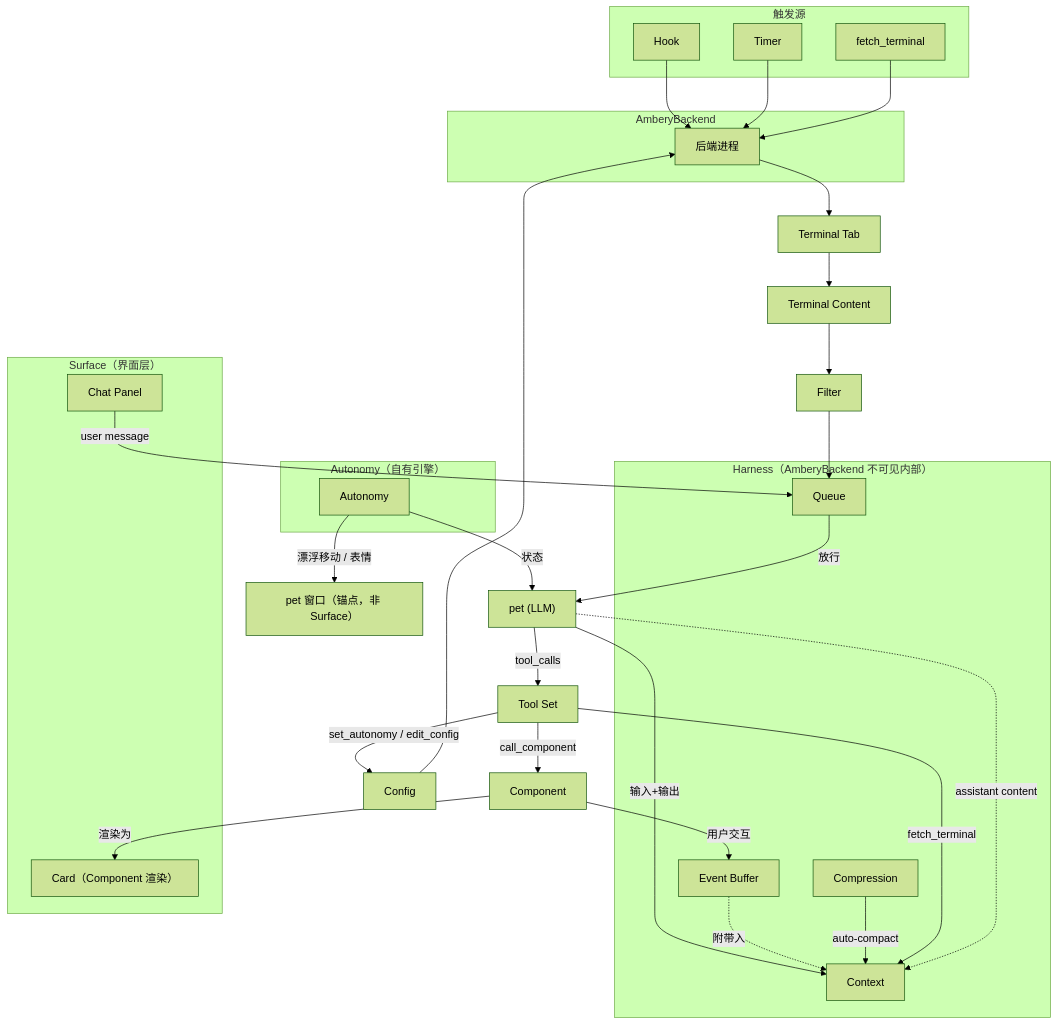
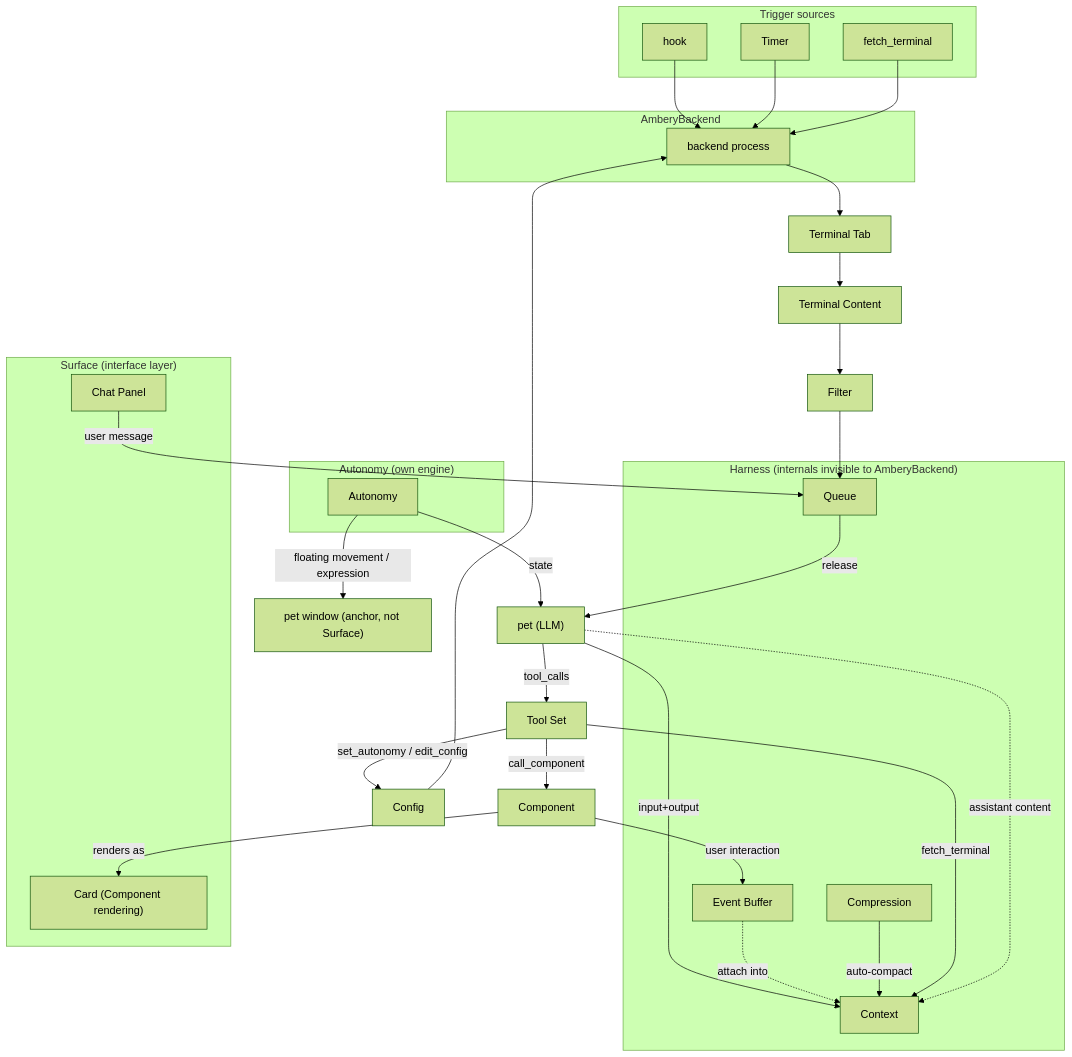
The diagram in concepts.md (ambery-ai/ambery), drawn with Mermaid (forest theme) before and after one commit. The commit also changed other lines of this file and 92 other files, not shown here.

````diff
--- a/concepts.md
+++ b/concepts.md
@@ -293,60 +293,60 @@
 ```mermaid
 flowchart TD
-    subgraph Trigger["触发源"]
-        Hook["Hook"]
+    subgraph Trigger["Trigger sources"]
+        hook["hook"]
         Timer["Timer"]
         FetchTerminal["fetch_terminal"]
     end
 
     subgraph Backend["AmberyBackend"]
-        OV["后端进程"]
+        OV["backend process"]
     end
 
     Config["Config"] --> OV
-    Hook --> OV
+    hook --> OV
     Timer --> OV
     FetchTerminal --> OV
 
     OV --> Tab["Terminal Tab"]
     Tab --> Content["Terminal Content"]
     Content --> Filter["Filter"]
     Filter --> Queue["Queue"]
 
-    subgraph Harness["Harness（AmberyBackend 不可见内部）"]
+    subgraph Harness["Harness (internals invisible to AmberyBackend)"]
         Queue
         EventBuffer["Event Buffer"]
         Compression["Compression"]
         Context
     end
 
-    subgraph Surface["Surface（界面层）"]
+    subgraph Surface["Surface (interface layer)"]
         ChatPanel["Chat Panel"]
-        Card["Card（Component 渲染）"]
+        Card["Card (Component rendering)"]
     end
 
-    PetWin["pet 窗口（锚点，非 Surface）"]
+    PetWin["pet window (anchor, not Surface)"]
 
     ChatPanel -->|"user message"| Queue
-    Queue -->|"放行"| Pet["pet (LLM)"]
-    Pet -->|"输入+输出"| Context
+    Queue -->|"release"| Pet["pet (LLM)"]
+    Pet -->|"input+output"| Context
 
-    EventBuffer -.->|"附带入"| Context
+    EventBuffer -.->|"attach into"| Context
     Compression -->|"auto-compact"| Context
 
     Pet -->|"tool_calls"| ToolSet["Tool Set"]
     ToolSet -->|"call_component"| Component["Component"]
-    Component -->|"渲染为"| Card
+    Component -->|"renders as"| Card
     ToolSet -->|"fetch_terminal"| Context
     ToolSet -->|"set_autonomy / edit_config"| Config
 
-    Component -->|"用户交互"| EventBuffer
+    Component -->|"user interaction"| EventBuffer
 
-    subgraph AutonomyEngine["Autonomy（自有引擎）"]
+    subgraph AutonomyEngine["Autonomy (own engine)"]
         Autonomy["Autonomy"]
     end
 
-    Autonomy -->|"状态"| Pet
-    Autonomy -->|"漂浮移动 / 表情"| PetWin
+    Autonomy -->|"state"| Pet
+    Autonomy -->|"floating movement / expression"| PetWin
 
     Pet -.->|"assistant content"| Context
 ```
````
